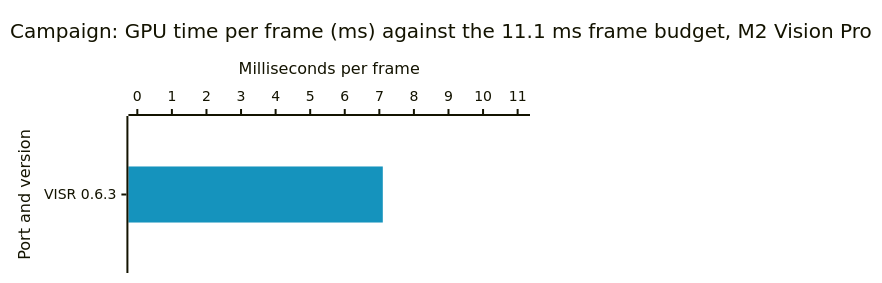
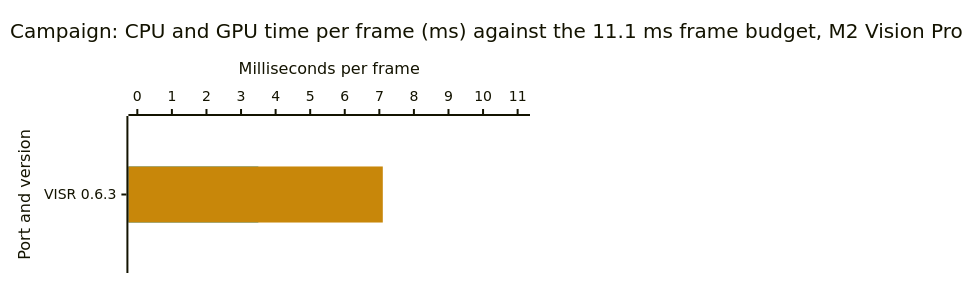
One commit to steverice/visr changed the fifth of 5 diagrams in docs/benchmarks.md. Above: the diagram before and after it, drawn with Mermaid. The commit also changed other lines of this file and 15 other files, not shown here.

````diff
--- a/docs/benchmarks.md
+++ b/docs/benchmarks.md
@@ -136,16 +136,17 @@
 ```mermaid
 ---
 config:
   xyChart:
     width: 520
     height: 263
   themeVariables:
     xyChart:
       plotColorPalette: "#1593bd, #c8870a"
 ---
 xychart-beta horizontal
-    title "Campaign: GPU time per frame (ms) against the 11.1 ms frame budget, M2 Vision Pro"
+    title "Campaign: CPU and GPU time per frame (ms) against the 11.1 ms frame budget, M2 Vision Pro"
     x-axis "Port and version" ["VISR 0.6.3"]
     y-axis "Milliseconds per frame" 0 --> 11.1
+    bar [3.5]
     bar [7.1]
 ```
````
